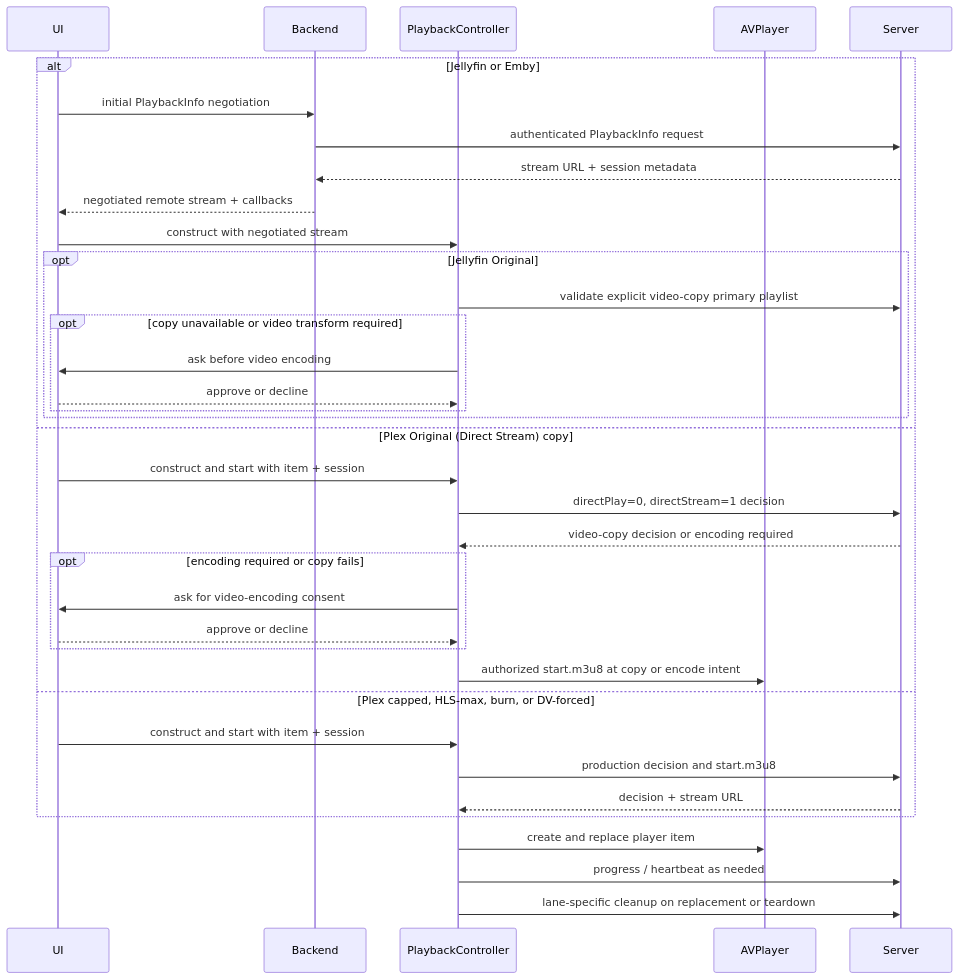
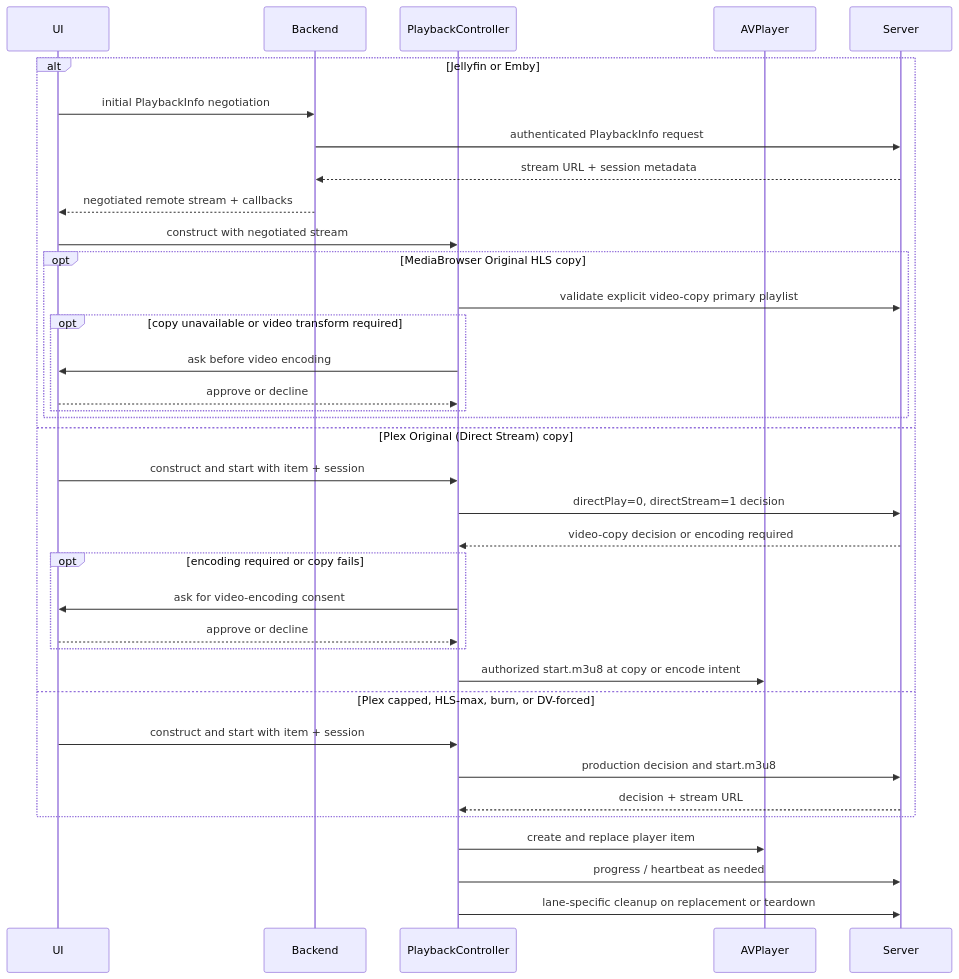
Before and after one commit to jlipworth/Labstream: the first of 2 diagrams in docs/PLAYBACK-ARCHITECTURE.md, drawn with Mermaid. The commit also changed other lines of this file and 53 other files, not shown here.

````diff
--- a/docs/PLAYBACK-ARCHITECTURE.md
+++ b/docs/PLAYBACK-ARCHITECTURE.md
@@ -21,41 +21,41 @@
 ```mermaid
 sequenceDiagram
   accTitle: Backend playback startup
-  accDescr: Jellyfin and Emby negotiate a stream before constructing the playback controller. Plex and Jellyfin validate video-copy HLS for Original and ask before falling back to video encoding; explicit transcoded qualities authorize encoding. Both lanes then load one app-owned AVPlayer and retain lane-specific progress and cleanup.
+  accDescr: Jellyfin and Emby negotiate a stream before constructing the playback controller. Plex and MediaBrowser lanes validate an available video-copy path for Original and ask before falling back to video encoding; explicit transcoded qualities authorize encoding. Each lane then loads one app-owned AVPlayer and retains lane-specific progress and cleanup.
   participant UI
   participant Backend
   participant PC as PlaybackController
   participant AV as AVPlayer
   participant Server
 
   alt Jellyfin or Emby
     UI->>Backend: initial PlaybackInfo negotiation
     Backend->>Server: authenticated PlaybackInfo request
     Server-->>Backend: stream URL + session metadata
     Backend-->>UI: negotiated remote stream + callbacks
     UI->>PC: construct with negotiated stream
-    opt Jellyfin Original
+    opt MediaBrowser Original HLS copy
       PC->>Server: validate explicit video-copy primary playlist
       opt copy unavailable or video transform required
         PC->>UI: ask before video encoding
         UI-->>PC: approve or decline
       end
     end
   else Plex Original (Direct Stream) copy
     UI->>PC: construct and start with item + session
     PC->>Server: directPlay=0, directStream=1 decision
     Server-->>PC: video-copy decision or encoding required
     opt encoding required or copy fails
       PC->>UI: ask for video-encoding consent
       UI-->>PC: approve or decline
     end
     PC->>AV: authorized start.m3u8 at copy or encode intent
   else Plex capped, HLS-max, burn, or DV-forced
     UI->>PC: construct and start with item + session
     PC->>Server: production decision and start.m3u8
     Server-->>PC: decision + stream URL
   end
   PC->>AV: create and replace player item
   PC->>Server: progress / heartbeat as needed
   PC->>Server: lane-specific cleanup on replacement or teardown
 ```
````
